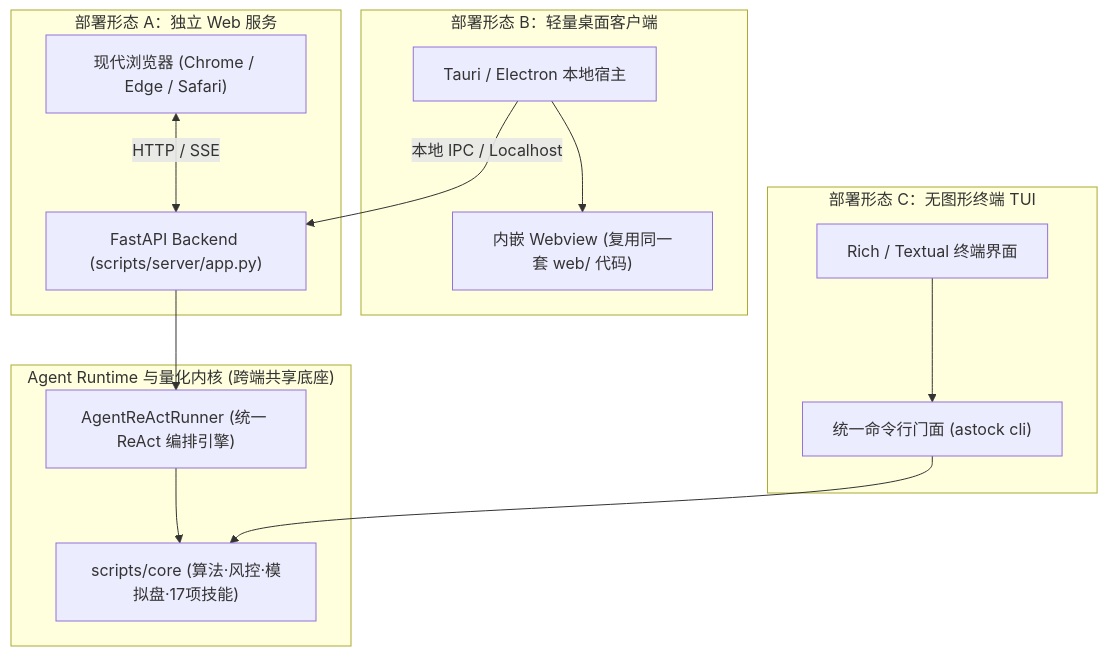
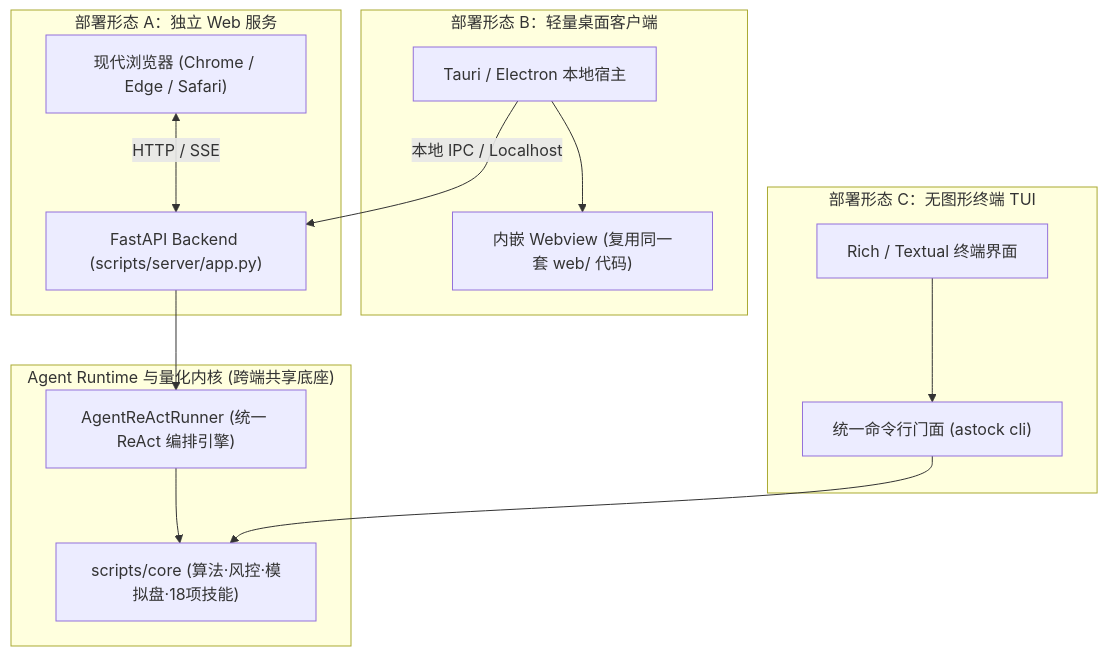
Before and after one commit to cvdnn/a_stock_agents: the second of 2 diagrams in docs/guidelines/web-aichat-architecture.md, drawn with Mermaid. The commit also changed other lines of this file and 62 other files, not shown here.

````diff
--- a/docs/guidelines/web-aichat-architecture.md
+++ b/docs/guidelines/web-aichat-architecture.md
@@ -74,29 +74,29 @@
 ```mermaid
 flowchart TB
     subgraph Core["Agent Runtime 与量化内核 (跨端共享底座)"]
         RT["AgentReActRunner (统一 ReAct 编排引擎)"]
-        CoreLib["scripts/core (算法·风控·模拟盘·17项技能)"]
+        CoreLib["scripts/core (算法·风控·模拟盘·18项技能)"]
         RT --> CoreLib
     end
 
     subgraph Mode1["部署形态 A：独立 Web 服务"]
         Srv["FastAPI Backend (scripts/server/app.py)"]
         Browser["现代浏览器 (Chrome / Edge / Safari)"]
         Browser <-->|HTTP / SSE| Srv
         Srv --> RT
     end
 
     subgraph Mode2["部署形态 B：轻量桌面客户端"]
         Desktop["Tauri / Electron 本地宿主"]
         LocalWeb["内嵌 Webview (复用同一套 web/ 代码)"]
         Desktop --> LocalWeb
         Desktop -->|本地 IPC / Localhost| Srv
     end
 
     subgraph Mode3["部署形态 C：无图形终端 TUI"]
         Terminal["Rich / Textual 终端界面"]
         CLI["统一命令行门面 (astock cli)"]
         Terminal --> CLI
         CLI --> CoreLib
     end
 ```
````
